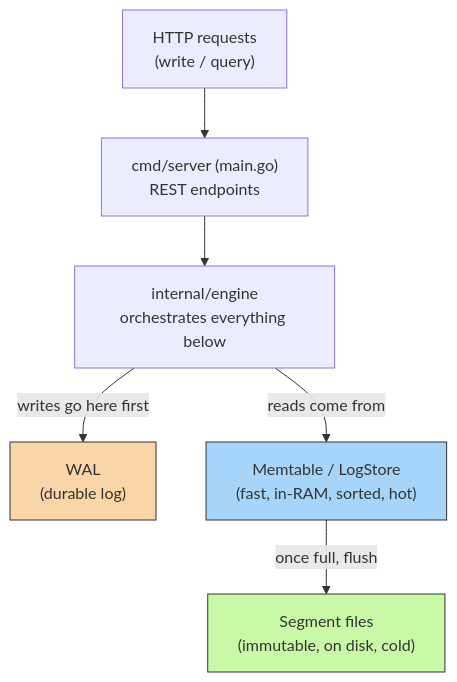
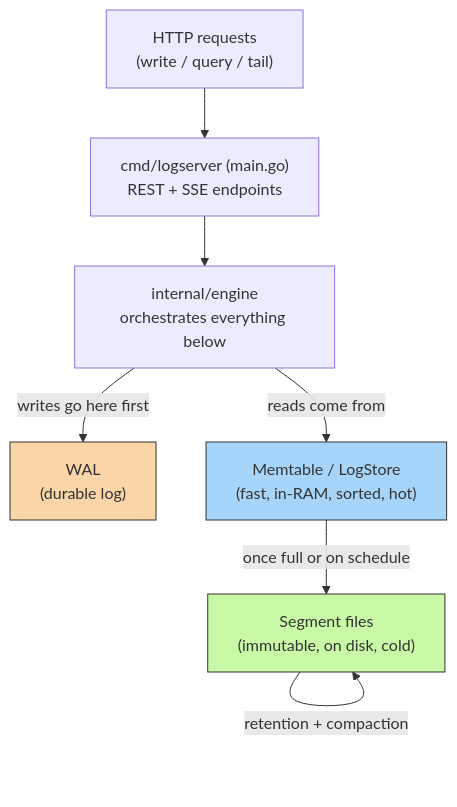
One commit to BramVH98/downlink changed the first of 2 diagrams in README.md. Above: the diagram before and after it, drawn with Mermaid. The commit also changed other lines of this file, not shown here.

First line of the commit message:
Revise README with architecture and feature updates

````diff
--- a/README.md
+++ b/README.md
@@ -11,14 +11,15 @@
 ```mermaid
 flowchart TB
-    A["HTTP requests<br/>(write / query)"] --> B["cmd/server (main.go)<br/>REST endpoints"]
+    A["HTTP requests<br/>(write / query / tail)"] --> B["cmd/logserver (main.go)<br/>REST + SSE endpoints"]
     B --> C["internal/engine<br/>orchestrates everything below"]
 
     C -->|writes go here first| D["WAL<br/>(durable log)"]
     C -->|reads come from| E["Memtable / LogStore<br/>(fast, in-RAM, sorted, hot)"]
 
-    E -->|once full, flush| F["Segment files<br/>(immutable, on disk, cold)"]
+    E -->|once full or on schedule| F["Segment files<br/>(immutable, on disk, cold)"]
+    F -->|retention + compaction| F
 
     style D fill:#f9d5a7,stroke:#333
     style E fill:#a7d5f9,stroke:#333
     style F fill:#c9f9a7,stroke:#333
 ```
````
